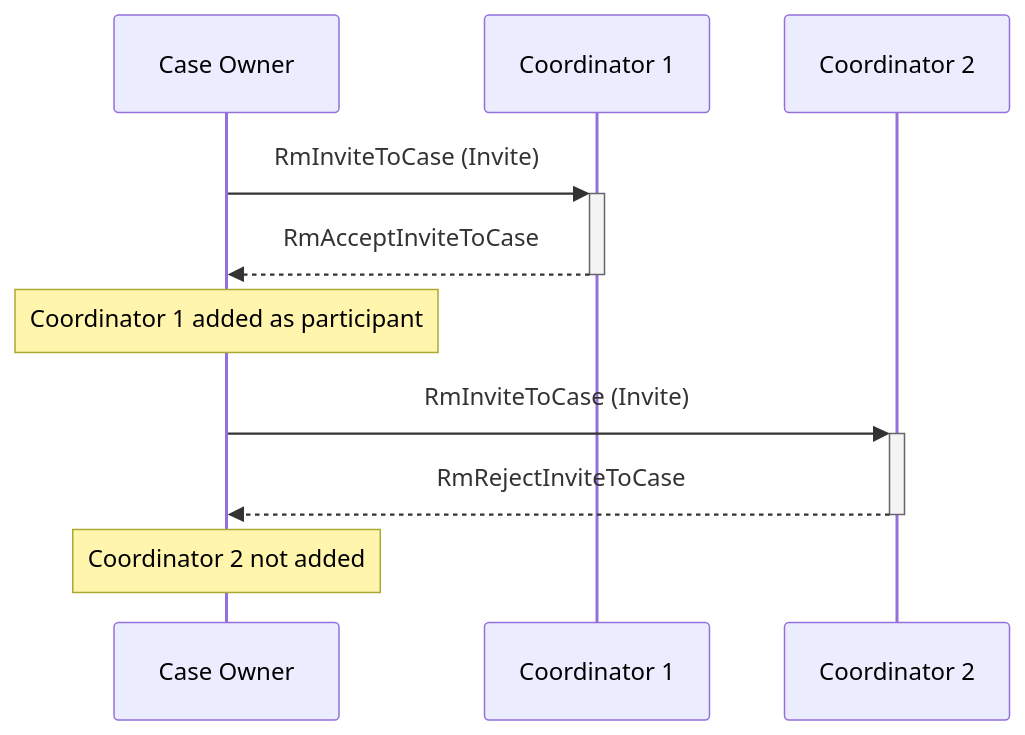
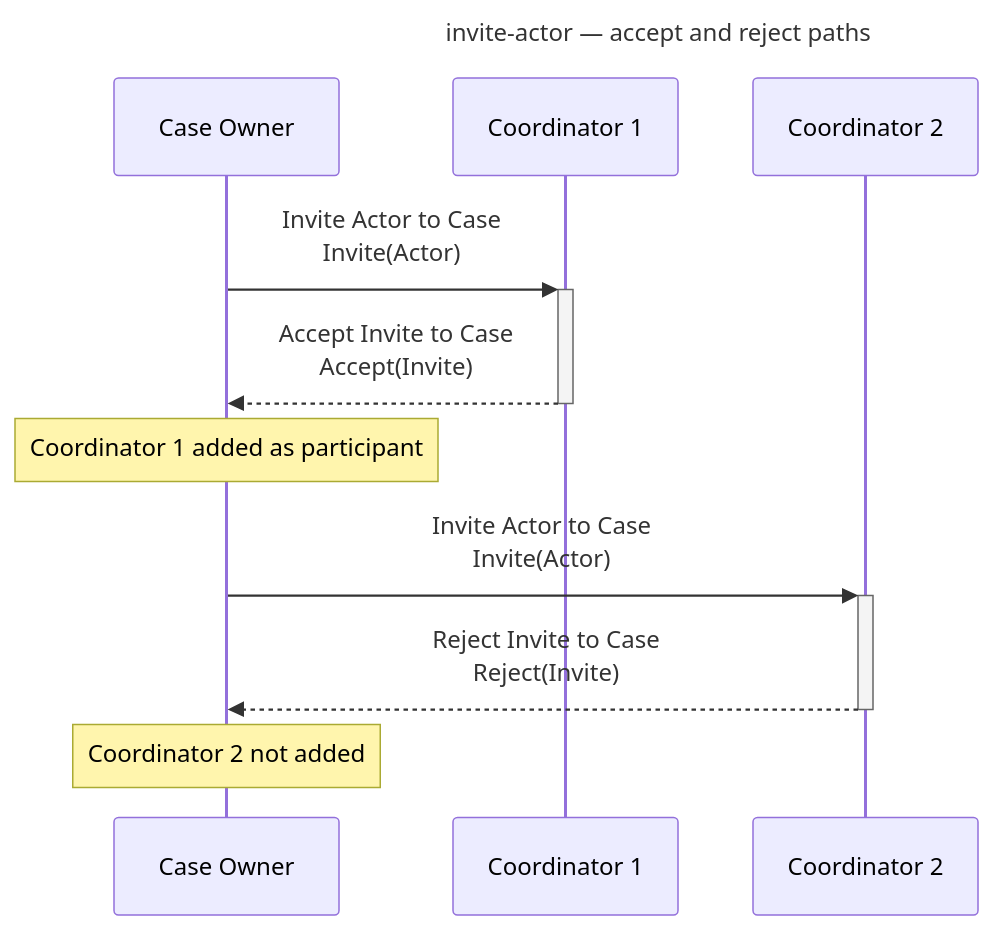
One commit to CERTCC/Vultron changed the first of 8 diagrams in docs/tutorials/other_demos.md. Above: the diagram before and after it, drawn with Mermaid. The commit also changed other lines of this file and 24 other files, not shown here.

````diff
--- a/docs/tutorials/other_demos.md
+++ b/docs/tutorials/other_demos.md
@@ -116,14 +102,17 @@
 ```mermaid
+---
+title: invite-actor — accept and reject paths
+---
 sequenceDiagram
     participant O as Case Owner
     participant C1 as Coordinator 1
     participant C2 as Coordinator 2
 
-    O->>+C1: RmInviteToCase (Invite)
-    C1-->>-O: RmAcceptInviteToCase
+    O->>+C1: Invite Actor to Case<br/>Invite(Actor)
+    C1-->>-O: Accept Invite to Case<br/>Accept(Invite)
     Note over O: Coordinator 1 added as participant
 
-    O->>+C2: RmInviteToCase (Invite)
-    C2-->>-O: RmRejectInviteToCase
+    O->>+C2: Invite Actor to Case<br/>Invite(Actor)
+    C2-->>-O: Reject Invite to Case<br/>Reject(Invite)
     Note over O: Coordinator 2 not added
 ```
````
